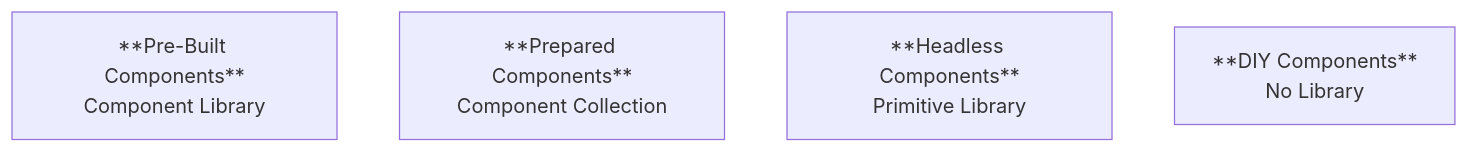
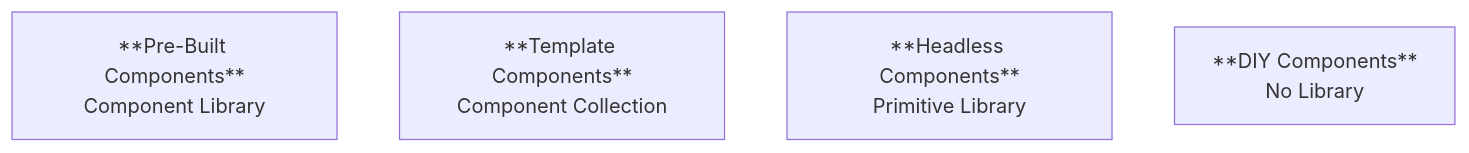
Before and after one commit to hupf/techkafi-headless-components: the fourth of 5 diagrams in slides.md, drawn with Mermaid. The commit also changed other lines of this file, not shown here.

````diff
--- a/slides.md
+++ b/slides.md
@@ -304,10 +310,10 @@
 ```mermaid
 flowchart LR
     A[**Pre-Built Components**<br>Component Library]
-    B[**Prepared Components**<br>Component Collection]
+    B[**Template Components**<br>Component Collection]
     C[**Headless Components**<br>Primitive Library]
     D[**DIY Components**<br>No Library]
     A ~~~ B
     B ~~~ C
     C ~~~ D
 ```
````
